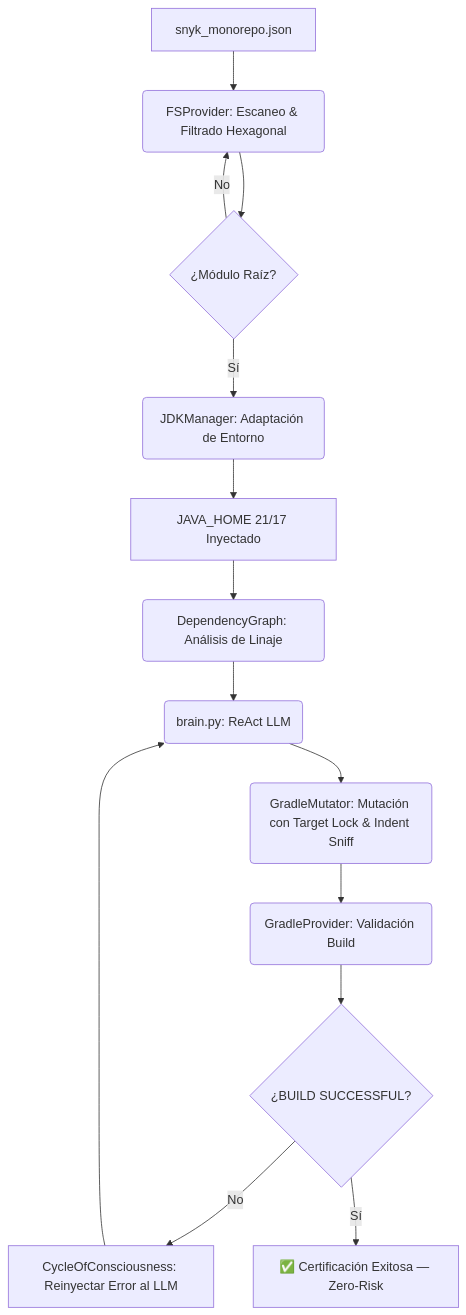
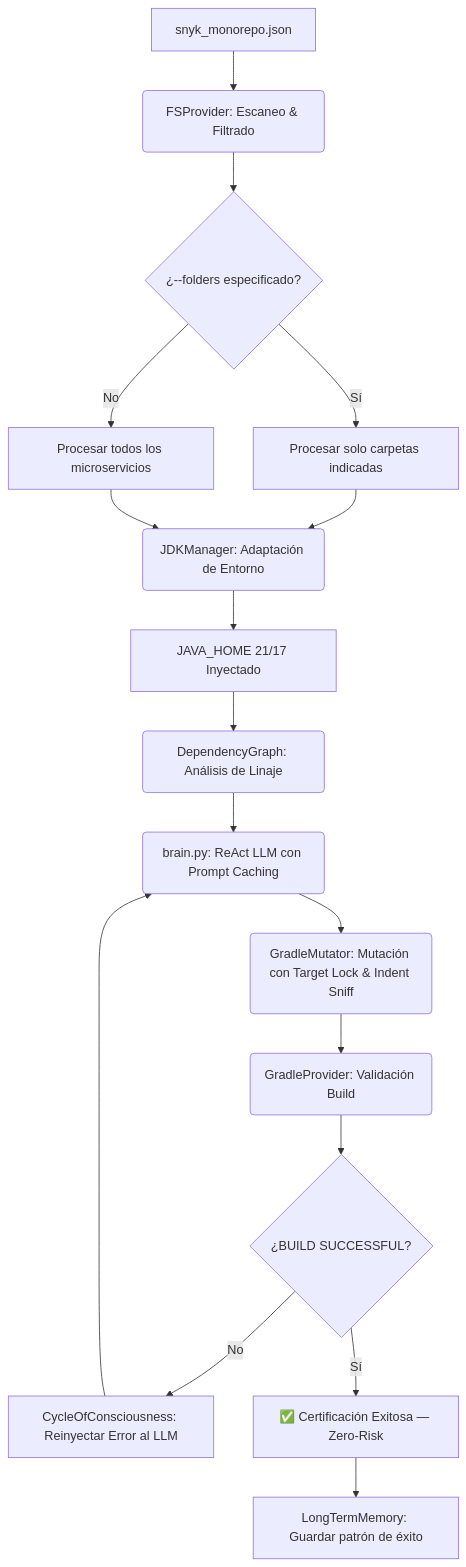
One commit to Alexander2305Potosi/agent_ia_vulnerabilities changed the diagram in README.md. Above: the diagram before and after it, drawn with Mermaid. The commit also changed other lines of this file and 4 other files, not shown here.

````diff
--- a/README.md
+++ b/README.md
@@ -83,16 +65,19 @@
 ```mermaid
 graph TD
-    A[snyk_monorepo.json] --> B(FSProvider: Escaneo & Filtrado Hexagonal)
-    B --> C{¿Módulo Raíz?}
-    C -- No --> B
-    C -- Sí --> D(JDKManager: Adaptación de Entorno)
-    D --> E[JAVA_HOME 21/17 Inyectado]
-    E --> F(DependencyGraph: Análisis de Linaje)
-    F --> G(brain.py: ReAct LLM)
-    G --> H(GradleMutator: Mutación con Target Lock & Indent Sniff)
-    H --> I(GradleProvider: Validación Build)
-    I --> J{¿BUILD SUCCESSFUL?}
-    J -- No --> K[CycleOfConsciousness: Reinyectar Error al LLM]
-    K --> G
-    J -- Sí --> L[✅ Certificación Exitosa — Zero-Risk]
+    A[snyk_monorepo.json] --> B(FSProvider: Escaneo & Filtrado)
+    B --> C{¿--folders especificado?}
+    C -- Sí --> D[Procesar solo carpetas indicadas]
+    C -- No --> E[Procesar todos los microservicios]
+    D --> F(JDKManager: Adaptación de Entorno)
+    E --> F
+    F --> G[JAVA_HOME 21/17 Inyectado]
+    G --> H(DependencyGraph: Análisis de Linaje)
+    H --> I(brain.py: ReAct LLM con Prompt Caching)
+    I --> J(GradleMutator: Mutación con Target Lock & Indent Sniff)
+    J --> K(GradleProvider: Validación Build)
+    K --> L{¿BUILD SUCCESSFUL?}
+    L -- No --> M[CycleOfConsciousness: Reinyectar Error al LLM]
+    M --> I
+    L -- Sí --> N[✅ Certificación Exitosa — Zero-Risk]
+    N --> O[LongTermMemory: Guardar patrón de éxito]
 ```
````
